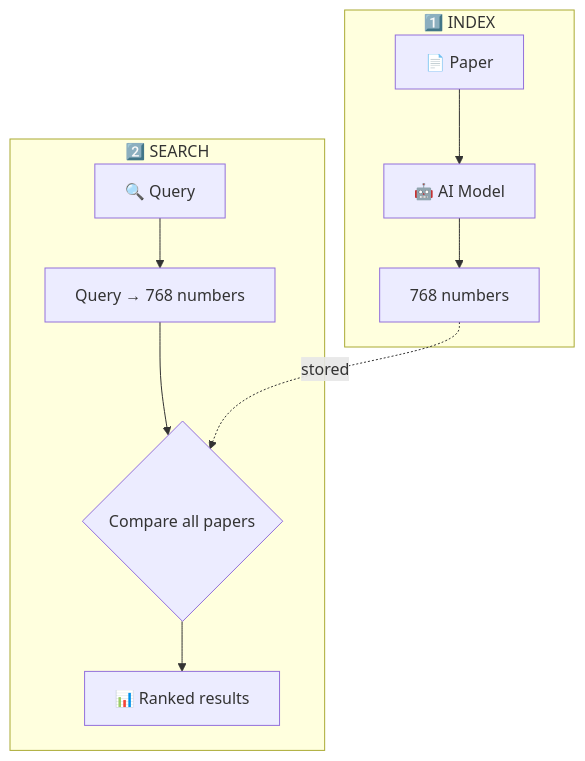
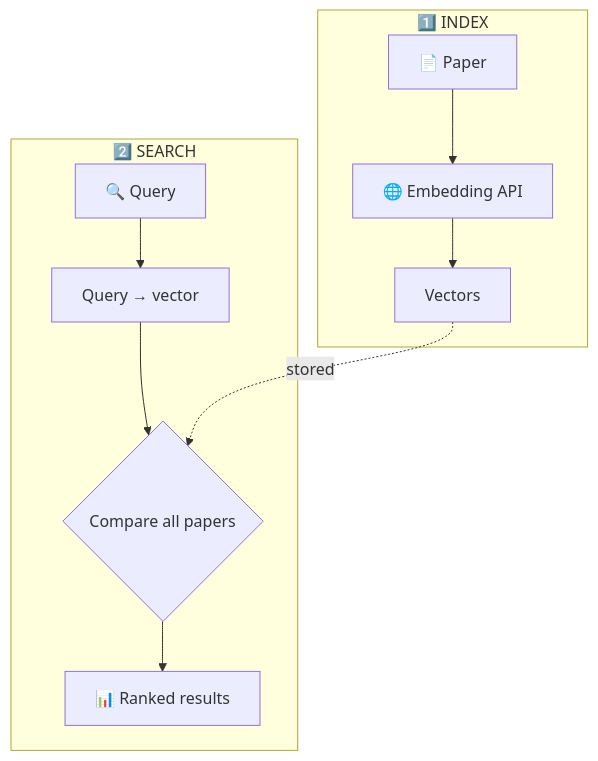
One commit to BryceWG/ZotSeek-Online changed the first of 2 diagrams in README.md. Above: the diagram before and after it, drawn with Mermaid. The commit also changed other lines of this file and 27 other files, not shown here.

First line of the commit message:
feat!(core): migrate to online embedding api architecture

````diff
--- a/README.md
+++ b/README.md
@@ -83,14 +81,14 @@
 ```mermaid
 flowchart TD
     subgraph INDEX["1️⃣ INDEX"]
-        A[📄 Paper] --> B[🤖 AI Model] --> C[768 numbers]
+        A[📄 Paper] --> B[🌐 Embedding API] --> C[Vectors]
     end
     
     subgraph SEARCH["2️⃣ SEARCH"]
-        D[🔍 Query] --> E[Query → 768 numbers]
+        D[🔍 Query] --> E[Query → vector]
         E --> F{Compare all papers}
         F --> G[📊 Ranked results]
     end
     
     C -.->|stored| F
 ```
````
